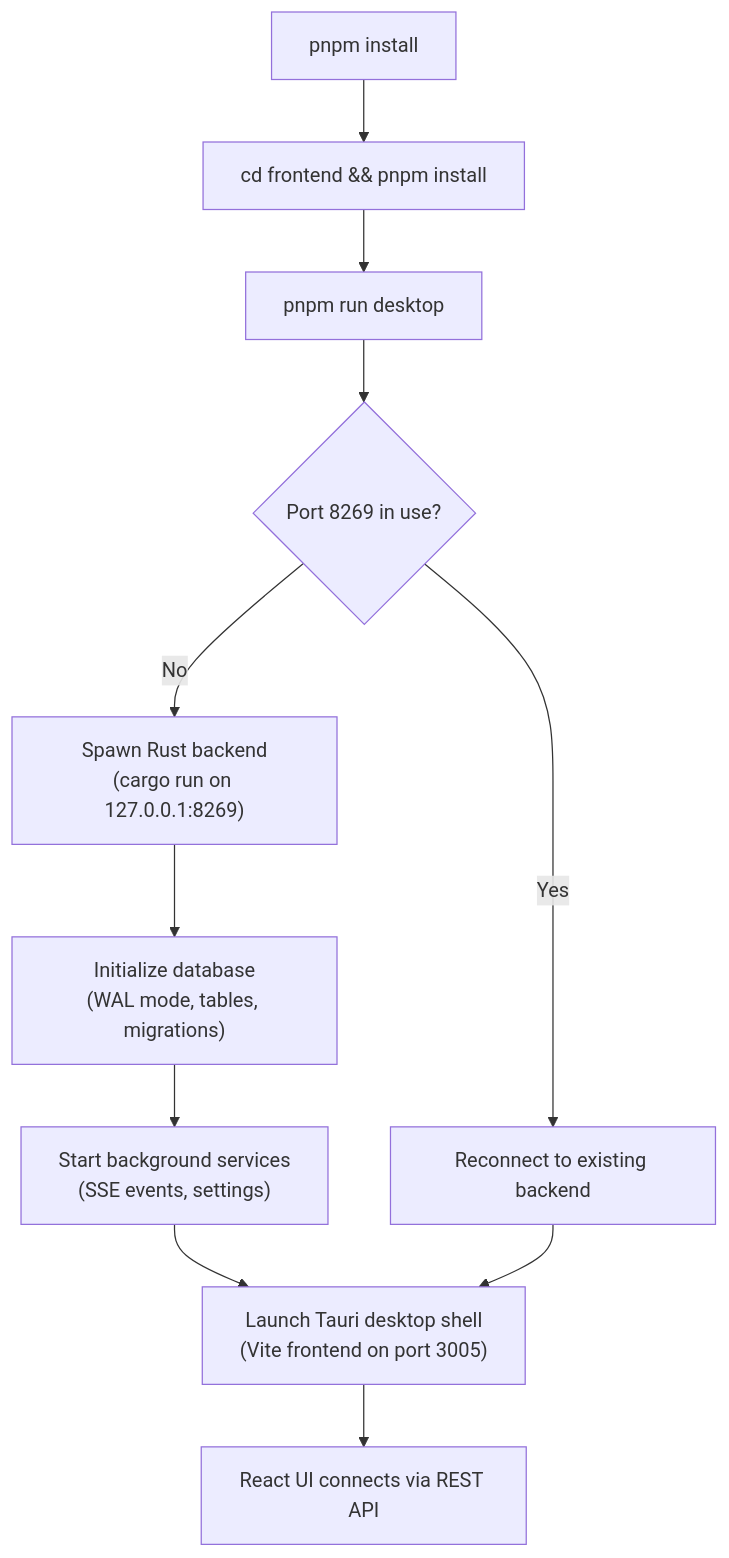
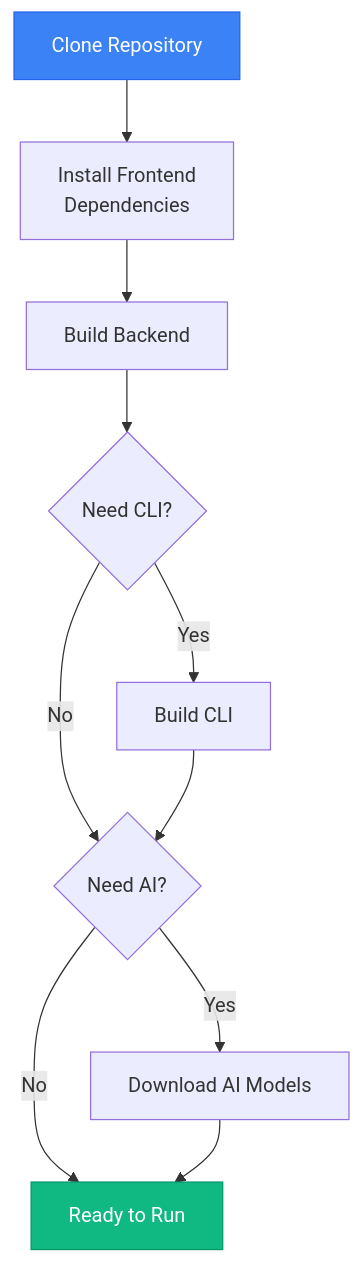
Before and after one commit to VardhmanSurana/Prism: the first of 2 diagrams in docs/SETUP.md, drawn with Mermaid. The commit also changed other lines of this file and 26 other files, not shown here.

````diff
--- a/docs/SETUP.md
+++ b/docs/SETUP.md
@@ -56,13 +23,16 @@
 ```mermaid
 flowchart TD
-    A["pnpm install"] --> B["cd frontend && pnpm install"]
-    B --> C["pnpm run desktop"]
-    C --> D{Port 8269 in use?}
-    D -->|Yes| E["Reconnect to existing backend"]
-    D -->|No| F["Spawn Rust backend<br/>(cargo run on 127.0.0.1:8269)"]
-    F --> G["Initialize database<br/>(WAL mode, tables, migrations)"]
-    G --> H["Start background services<br/>(SSE events, settings)"]
-    H --> I["Launch Tauri desktop shell<br/>(Vite frontend on port 3005)"]
-    E --> I
-    I --> J["React UI connects via REST API"]
+    A["Clone Repository"] --> B["Install Frontend
+Dependencies"]
+    B --> C["Build Backend"]
+    C --> D{"Need CLI?"}
+    D -->|Yes| E["Build CLI"]
+    D -->|No| F{"Need AI?"}
+    E --> F
+    F -->|Yes| G["Download AI Models"]
+    F -->|No| H["Ready to Run"]
+    G --> H
+
+    style A fill:#3b82f6,stroke:#2563eb,color:#fff
+    style H fill:#10b981,stroke:#059669,color:#fff
 ```
````
